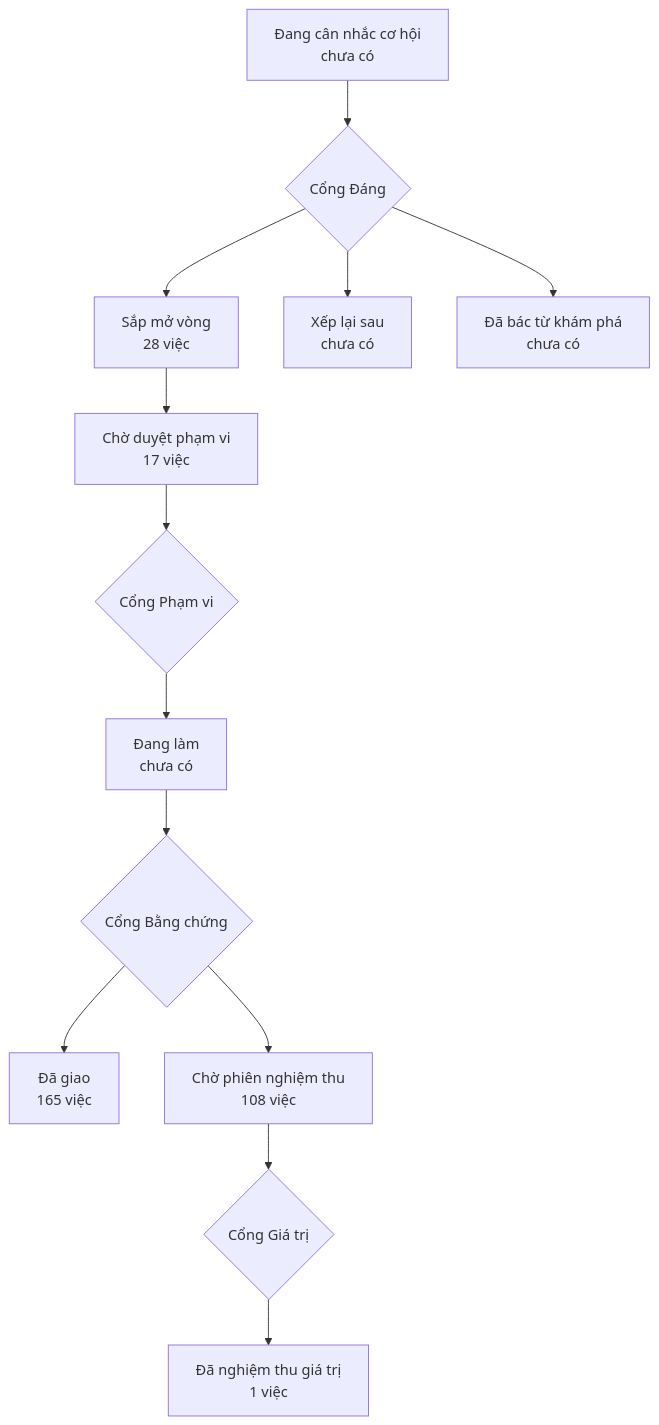
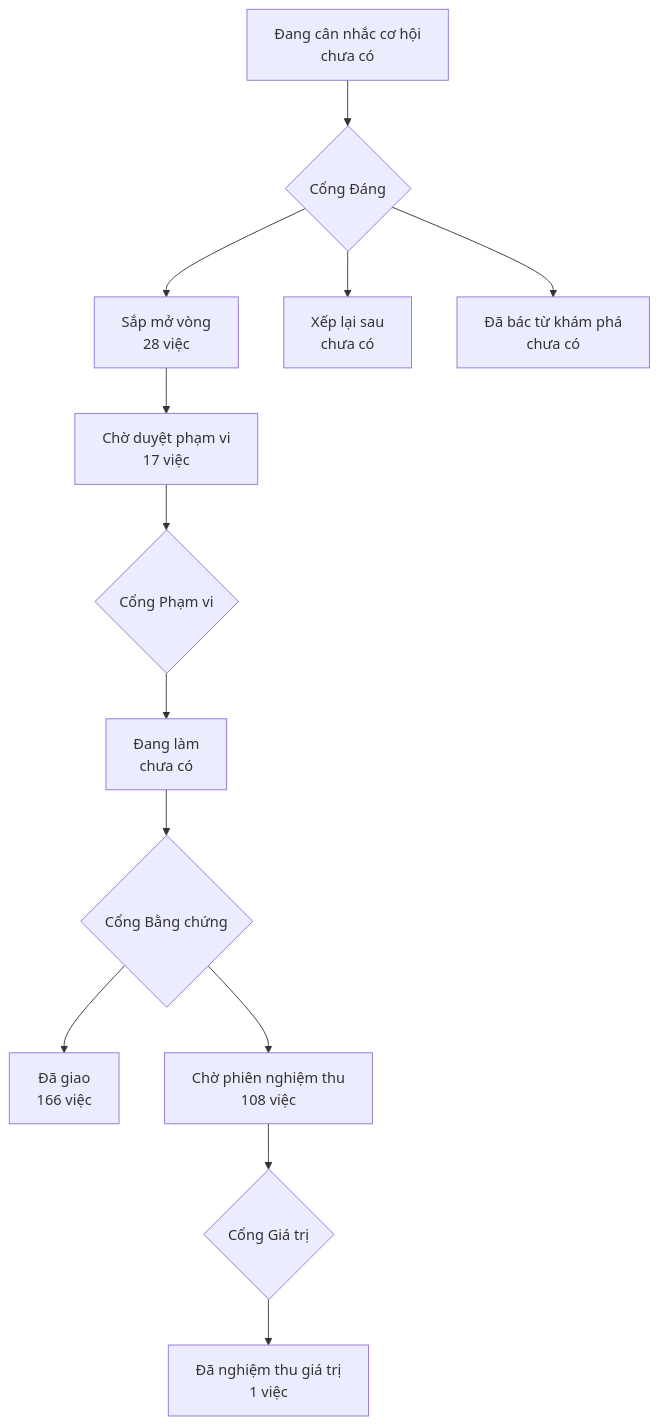
One commit to phanlemanh/onehub-invest changed the diagram in PRODUCT-MAP.md. Above: the diagram before and after it, drawn with Mermaid. The commit also changed other lines of this file and 1 other file, not shown here.

Commit message:
chore: vẽ lại bản đồ sản phẩm sau gộp main (#402)

````diff
--- a/PRODUCT-MAP.md
+++ b/PRODUCT-MAP.md
@@ -7,12 +7,12 @@
 ```mermaid
 flowchart TD
   A["Đang cân nhắc cơ hội<br/>chưa có"] --> GD{"Cổng Đáng"}
   GD --> B["Sắp mở vòng<br/>28 việc"]
   GD --> XL["Xếp lại sau<br/>chưa có"]
   GD --> DB["Đã bác từ khám phá<br/>chưa có"]
   B --> CD["Chờ duyệt phạm vi<br/>17 việc"] --> GP{"Cổng Phạm vi"}
   GP --> DL["Đang làm<br/>chưa có"] --> GB{"Cổng Bằng chứng"}
-  GB --> DG["Đã giao<br/>165 việc"]
+  GB --> DG["Đã giao<br/>166 việc"]
   GB --> CN["Chờ phiên nghiệm thu<br/>108 việc"] --> GG{"Cổng Giá trị"}
   GG --> NT["Đã nghiệm thu giá trị<br/>1 việc"]
 ```
````
